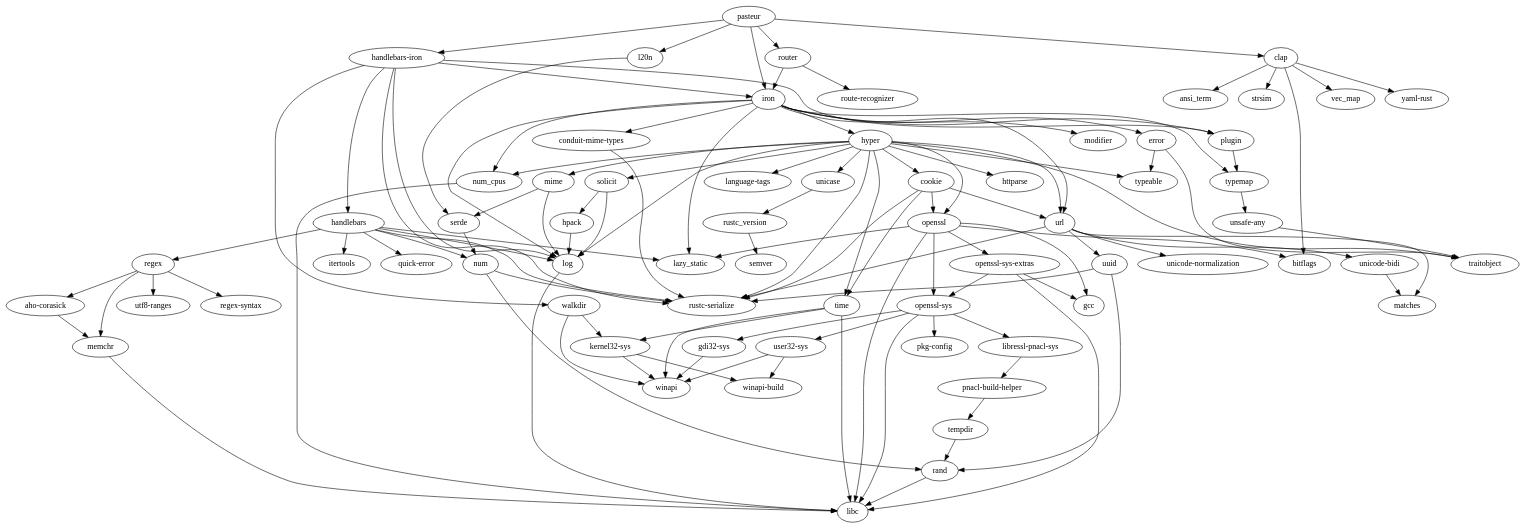
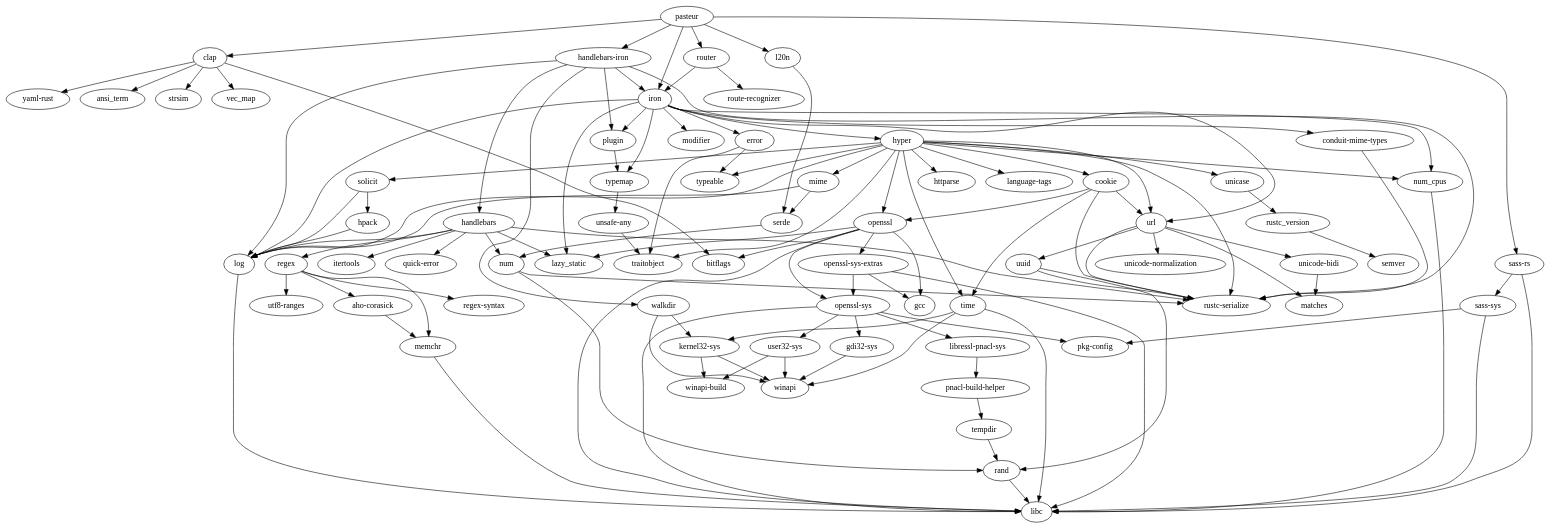
The diagram in Cargo.dot (adjivas/pasteur), drawn with Graphviz before and after one commit. The commit also changed 1 other file, not shown here.

Commit message:
more complex graph

```diff
--- a/Cargo.dot
+++ b/Cargo.dot
@@ -1,182 +1,189 @@
 digraph dependencies {
 	N0[label="pasteur"];
 	N1[label="clap"];
 	N2[label="handlebars-iron"];
 	N3[label="iron"];
 	N4[label="l20n"];
 	N5[label="router"];
-	N6[label="aho-corasick"];
-	N7[label="memchr"];
-	N8[label="ansi_term"];
-	N9[label="bitflags"];
-	N10[label="strsim"];
-	N11[label="vec_map"];
-	N12[label="yaml-rust"];
-	N13[label="conduit-mime-types"];
-	N14[label="rustc-serialize"];
-	N15[label="cookie"];
-	N16[label="openssl"];
-	N17[label="time"];
-	N18[label="url"];
-	N19[label="error"];
-	N20[label="traitobject"];
-	N21[label="typeable"];
-	N22[label="gcc"];
-	N23[label="gdi32-sys"];
-	N24[label="winapi"];
-	N25[label="handlebars"];
-	N26[label="itertools"];
-	N27[label="lazy_static"];
-	N28[label="log"];
-	N29[label="num"];
-	N30[label="quick-error"];
-	N31[label="regex"];
-	N32[label="plugin"];
-	N33[label="walkdir"];
-	N34[label="hpack"];
-	N35[label="httparse"];
-	N36[label="hyper"];
-	N37[label="language-tags"];
-	N38[label="mime"];
-	N39[label="num_cpus"];
-	N40[label="solicit"];
-	N41[label="unicase"];
-	N42[label="modifier"];
-	N43[label="typemap"];
-	N44[label="kernel32-sys"];
-	N45[label="winapi-build"];
-	N46[label="serde"];
-	N47[label="libc"];
-	N48[label="libressl-pnacl-sys"];
-	N49[label="pnacl-build-helper"];
-	N50[label="matches"];
-	N51[label="rand"];
-	N52[label="openssl-sys"];
-	N53[label="openssl-sys-extras"];
-	N54[label="pkg-config"];
-	N55[label="user32-sys"];
-	N56[label="tempdir"];
-	N57[label="regex-syntax"];
-	N58[label="utf8-ranges"];
-	N59[label="route-recognizer"];
-	N60[label="rustc_version"];
-	N61[label="semver"];
-	N62[label="unsafe-any"];
-	N63[label="unicode-bidi"];
-	N64[label="unicode-normalization"];
-	N65[label="uuid"];
+	N6[label="sass-rs"];
+	N7[label="aho-corasick"];
+	N8[label="memchr"];
+	N9[label="ansi_term"];
+	N10[label="bitflags"];
+	N11[label="strsim"];
+	N12[label="vec_map"];
+	N13[label="yaml-rust"];
+	N14[label="conduit-mime-types"];
+	N15[label="rustc-serialize"];
+	N16[label="cookie"];
+	N17[label="openssl"];
+	N18[label="time"];
+	N19[label="url"];
+	N20[label="error"];
+	N21[label="traitobject"];
+	N22[label="typeable"];
+	N23[label="gcc"];
+	N24[label="gdi32-sys"];
+	N25[label="winapi"];
+	N26[label="handlebars"];
+	N27[label="itertools"];
+	N28[label="lazy_static"];
+	N29[label="log"];
+	N30[label="num"];
+	N31[label="quick-error"];
+	N32[label="regex"];
+	N33[label="plugin"];
+	N34[label="walkdir"];
+	N35[label="hpack"];
+	N36[label="httparse"];
+	N37[label="hyper"];
+	N38[label="language-tags"];
+	N39[label="mime"];
+	N40[label="num_cpus"];
+	N41[label="solicit"];
+	N42[label="unicase"];
+	N43[label="modifier"];
+	N44[label="typemap"];
+	N45[label="kernel32-sys"];
+	N46[label="winapi-build"];
+	N47[label="serde"];
+	N48[label="libc"];
+	N49[label="libressl-pnacl-sys"];
+	N50[label="pnacl-build-helper"];
+	N51[label="matches"];
+	N52[label="rand"];
+	N53[label="openssl-sys"];
+	N54[label="openssl-sys-extras"];
+	N55[label="pkg-config"];
+	N56[label="user32-sys"];
+	N57[label="tempdir"];
+	N58[label="regex-syntax"];
+	N59[label="utf8-ranges"];
+	N60[label="route-recognizer"];
+	N61[label="rustc_version"];
+	N62[label="semver"];
+	N63[label="sass-sys"];
+	N64[label="unsafe-any"];
+	N65[label="unicode-bidi"];
+	N66[label="unicode-normalization"];
+	N67[label="uuid"];
 	N0 -> N1[label=""];
 	N0 -> N2[label=""];
 	N0 -> N3[label=""];
 	N0 -> N4[label=""];
 	N0 -> N5[label=""];
-	N1 -> N8[label=""];
+	N0 -> N6[label=""];
 	N1 -> N9[label=""];
 	N1 -> N10[label=""];
 	N1 -> N11[label=""];
 	N1 -> N12[label=""];
+	N1 -> N13[label=""];
 	N2 -> N3[label=""];
-	N2 -> N14[label=""];
-	N2 -> N25[label=""];
-	N2 -> N28[label=""];
-	N2 -> N32[label=""];
+	N2 -> N15[label=""];
+	N2 -> N26[label=""];
+	N2 -> N29[label=""];
 	N2 -> N33[label=""];
-	N3 -> N13[label=""];
-	N3 -> N18[label=""];
+	N2 -> N34[label=""];
+	N3 -> N14[label=""];
 	N3 -> N19[label=""];
-	N3 -> N27[label=""];
+	N3 -> N20[label=""];
 	N3 -> N28[label=""];
-	N3 -> N32[label=""];
-	N3 -> N36[label=""];
-	N3 -> N39[label=""];
-	N3 -> N42[label=""];
+	N3 -> N29[label=""];
+	N3 -> N33[label=""];
+	N3 -> N37[label=""];
+	N3 -> N40[label=""];
 	N3 -> N43[label=""];
-	N4 -> N46[label=""];
+	N3 -> N44[label=""];
+	N4 -> N47[label=""];
 	N5 -> N3[label=""];
-	N5 -> N59[label=""];
-	N6 -> N7[label=""];
-	N7 -> N47[label=""];
-	N13 -> N14[label=""];
-	N15 -> N14[label=""];
-	N15 -> N16[label=""];
-	N15 -> N17[label=""];
-	N15 -> N18[label=""];
-	N16 -> N9[label=""];
-	N16 -> N22[label=""];
-	N16 -> N27[label=""];
-	N16 -> N47[label=""];
-	N16 -> N52[label=""];
-	N16 -> N53[label=""];
-	N17 -> N24[label=""];
-	N17 -> N44[label=""];
-	N17 -> N47[label=""];
-	N18 -> N14[label=""];
-	N18 -> N50[label=""];
-	N18 -> N63[label=""];
-	N18 -> N64[label=""];
-	N18 -> N65[label=""];
-	N19 -> N20[label=""];
-	N19 -> N21[label=""];
-	N23 -> N24[label=""];
-	N25 -> N14[label=""];
-	N25 -> N26[label=""];
-	N25 -> N27[label=""];
-	N25 -> N28[label=""];
-	N25 -> N29[label=""];
-	N25 -> N30[label=""];
-	N25 -> N31[label=""];
-	N28 -> N47[label=""];
-	N29 -> N14[label=""];
-	N29 -> N51[label=""];
-	N31 -> N6[label=""];
-	N31 -> N7[label=""];
-	N31 -> N57[label=""];
-	N31 -> N58[label=""];
-	N32 -> N43[label=""];
-	N33 -> N24[label=""];
+	N5 -> N60[label=""];
+	N6 -> N48[label=""];
+	N6 -> N63[label=""];
+	N7 -> N8[label=""];
+	N8 -> N48[label=""];
+	N14 -> N15[label=""];
+	N16 -> N15[label=""];
+	N16 -> N17[label=""];
+	N16 -> N18[label=""];
+	N16 -> N19[label=""];
+	N17 -> N10[label=""];
+	N17 -> N23[label=""];
+	N17 -> N28[label=""];
+	N17 -> N48[label=""];
+	N17 -> N53[label=""];
+	N17 -> N54[label=""];
+	N18 -> N25[label=""];
+	N18 -> N45[label=""];
+	N18 -> N48[label=""];
+	N19 -> N15[label=""];
+	N19 -> N51[label=""];
+	N19 -> N65[label=""];
+	N19 -> N66[label=""];
+	N19 -> N67[label=""];
+	N20 -> N21[label=""];
+	N20 -> N22[label=""];
+	N24 -> N25[label=""];
+	N26 -> N15[label=""];
+	N26 -> N27[label=""];
+	N26 -> N28[label=""];
+	N26 -> N29[label=""];
+	N26 -> N30[label=""];
+	N26 -> N31[label=""];
+	N26 -> N32[label=""];
+	N29 -> N48[label=""];
+	N30 -> N15[label=""];
+	N30 -> N52[label=""];
+	N32 -> N7[label=""];
+	N32 -> N8[label=""];
+	N32 -> N58[label=""];
+	N32 -> N59[label=""];
 	N33 -> N44[label=""];
-	N34 -> N28[label=""];
-	N36 -> N14[label=""];
-	N36 -> N15[label=""];
-	N36 -> N16[label=""];
-	N36 -> N17[label=""];
-	N36 -> N18[label=""];
-	N36 -> N20[label=""];
-	N36 -> N21[label=""];
-	N36 -> N28[label=""];
-	N36 -> N35[label=""];
-	N36 -> N37[label=""];
-	N36 -> N38[label=""];
-	N36 -> N39[label=""];
-	N36 -> N40[label=""];
-	N36 -> N41[label=""];
-	N38 -> N28[label=""];
-	N38 -> N46[label=""];
+	N34 -> N25[label=""];
+	N34 -> N45[label=""];
+	N35 -> N29[label=""];
+	N37 -> N15[label=""];
+	N37 -> N16[label=""];
+	N37 -> N17[label=""];
+	N37 -> N18[label=""];
+	N37 -> N19[label=""];
+	N37 -> N21[label=""];
+	N37 -> N22[label=""];
+	N37 -> N29[label=""];
+	N37 -> N36[label=""];
+	N37 -> N38[label=""];
+	N37 -> N39[label=""];
+	N37 -> N40[label=""];
+	N37 -> N41[label=""];
+	N37 -> N42[label=""];
+	N39 -> N29[label=""];
 	N39 -> N47[label=""];
-	N40 -> N28[label=""];
-	N40 -> N34[label=""];
-	N41 -> N60[label=""];
-	N43 -> N62[label=""];
-	N44 -> N24[label=""];
-	N44 -> N45[label=""];
-	N46 -> N29[label=""];
-	N48 -> N49[label=""];
-	N49 -> N56[label=""];
-	N51 -> N47[label=""];
-	N52 -> N23[label=""];
-	N52 -> N47[label=""];
+	N40 -> N48[label=""];
+	N41 -> N29[label=""];
+	N41 -> N35[label=""];
+	N42 -> N61[label=""];
+	N44 -> N64[label=""];
+	N45 -> N25[label=""];
+	N45 -> N46[label=""];
+	N47 -> N30[label=""];
+	N49 -> N50[label=""];
+	N50 -> N57[label=""];
 	N52 -> N48[label=""];
-	N52 -> N54[label=""];
-	N52 -> N55[label=""];
-	N53 -> N22[label=""];
-	N53 -> N47[label=""];
-	N53 -> N52[label=""];
-	N55 -> N24[label=""];
-	N55 -> N45[label=""];
-	N56 -> N51[label=""];
-	N60 -> N61[label=""];
-	N62 -> N20[label=""];
-	N63 -> N50[label=""];
-	N65 -> N14[label=""];
+	N53 -> N24[label=""];
+	N53 -> N48[label=""];
+	N53 -> N49[label=""];
+	N53 -> N55[label=""];
+	N53 -> N56[label=""];
+	N54 -> N23[label=""];
+	N54 -> N48[label=""];
+	N54 -> N53[label=""];
+	N56 -> N25[label=""];
+	N56 -> N46[label=""];
+	N57 -> N52[label=""];
+	N61 -> N62[label=""];
+	N63 -> N48[label=""];
+	N63 -> N55[label=""];
+	N64 -> N21[label=""];
 	N65 -> N51[label=""];
+	N67 -> N15[label=""];
+	N67 -> N52[label=""];
 }
```
